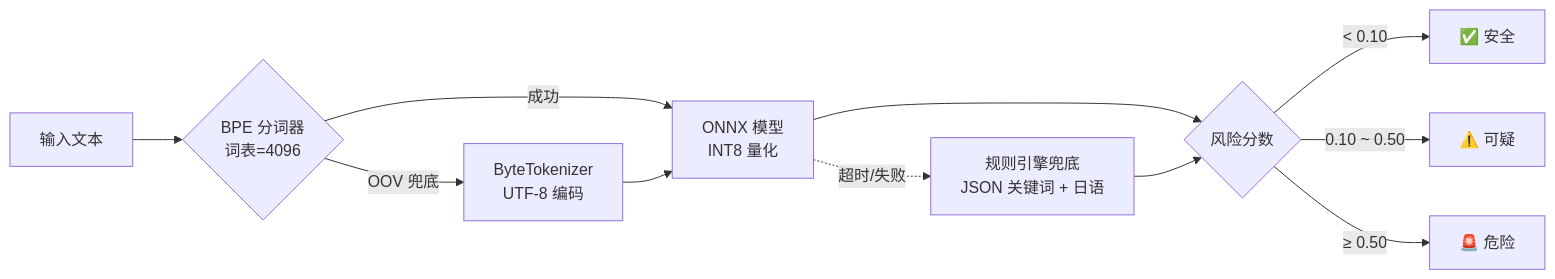
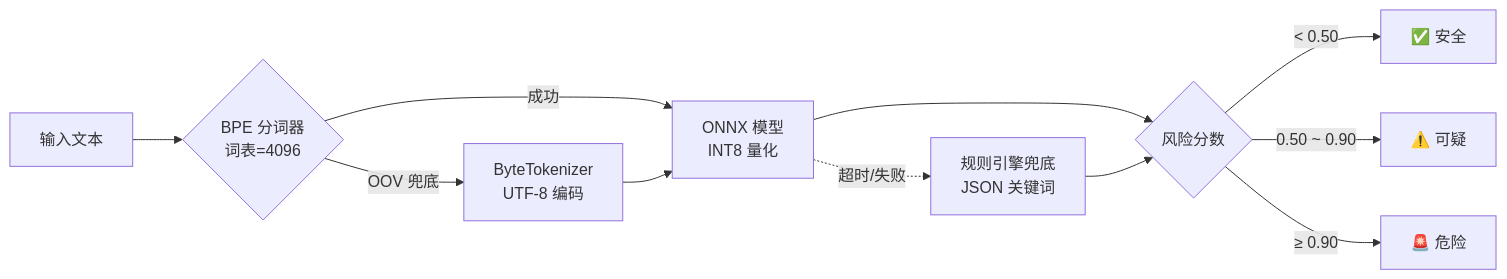
Before and after one commit to Tianshang301/TianshangGuard: the second of 4 diagrams in readme/README.zh-CN.md, drawn with Mermaid. The commit also changed other lines of this file and 100 other files, not shown here.

````diff
--- a/readme/README.zh-CN.md
+++ b/readme/README.zh-CN.md
@@ -131,13 +141,13 @@
 ```mermaid
 flowchart LR
     A[输入文本] --> B{BPE 分词器<br/>词表=4096}
     B -->|成功| C[ONNX 模型<br/>INT8 量化]
     B -->|OOV 兜底| D[ByteTokenizer<br/>UTF-8 编码]
     D --> C
     C --> E{风险分数}
-    E -->|< 0.10| F[✅ 安全]
-    E -->|0.10 ~ 0.50| G[⚠️ 可疑]
-    E -->|≥ 0.50| H[🚨 危险]
-    C -.->|超时/失败| I[规则引擎兜底<br/>JSON 关键词 + 日语]
+    E -->|< 0.50| F[✅ 安全]
+    E -->|0.50 ~ 0.90| G[⚠️ 可疑]
+    E -->|≥ 0.90| H[🚨 危险]
+    C -.->|超时/失败| I[规则引擎兜底<br/>JSON 关键词]
     I --> E
 ```
````
